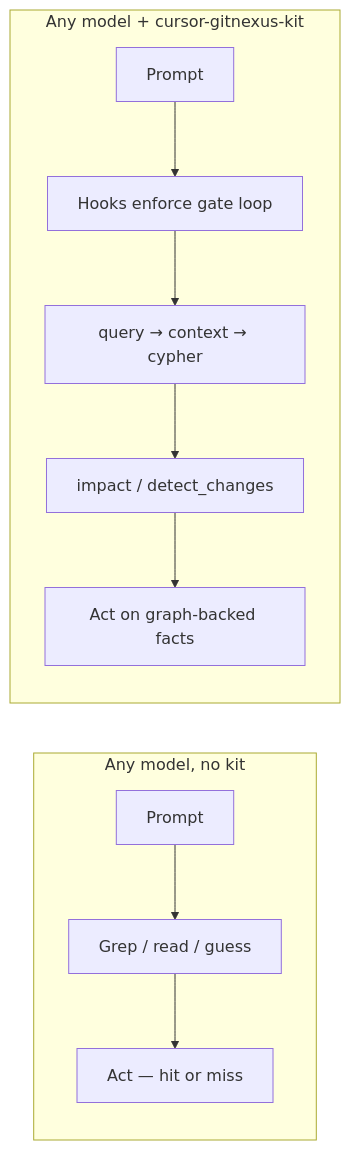
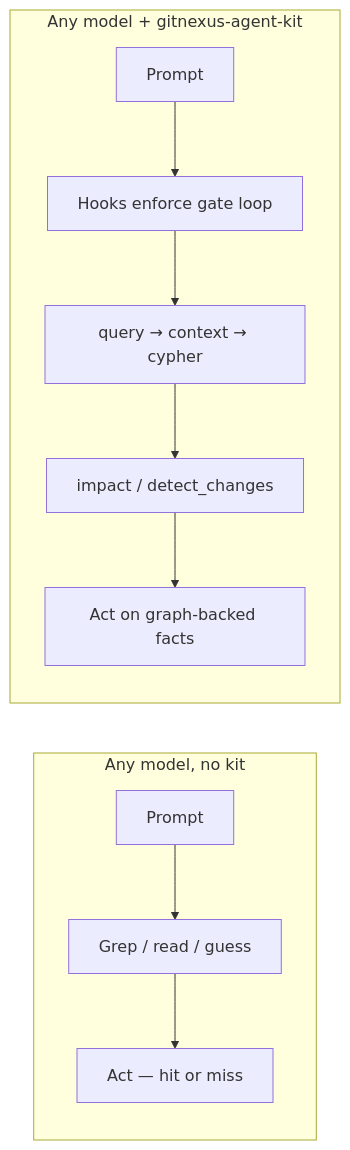
Before and after one commit to ReidenXerx/cursor-gitnexus-kit: the first of 9 diagrams in docs/ARCHITECTURE.md, drawn with Mermaid. The commit also changed other lines of this file and 64 other files, not shown here.

First line of the commit message:
Expand GitNexus kit beyond Cursor

````diff
--- a/docs/ARCHITECTURE.md
+++ b/docs/ARCHITECTURE.md
@@ -15,14 +15,14 @@
 ```mermaid
 flowchart LR
   subgraph alone["Any model, no kit"]
     P[Prompt] --> G[Grep / read / guess]
     G --> A[Act — hit or miss]
   end
 
-  subgraph kit["Any model + cursor-gitnexus-kit"]
+  subgraph kit["Any model + gitnexus-agent-kit"]
     P2[Prompt] --> H[Hooks enforce gate loop]
     H --> GN["query → context → cypher"]
     GN --> I[impact / detect_changes]
     I --> A2[Act on graph-backed facts]
   end
 ```
````
